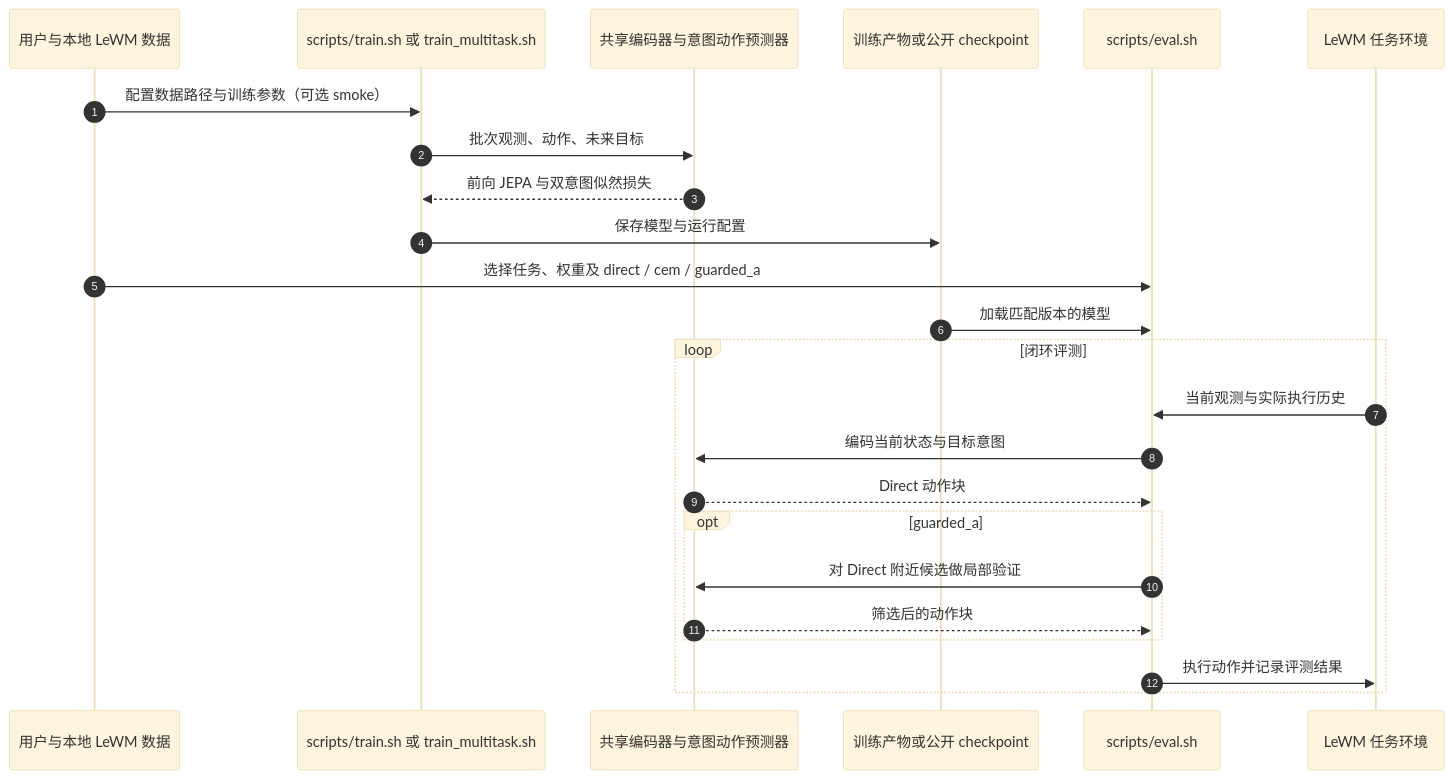
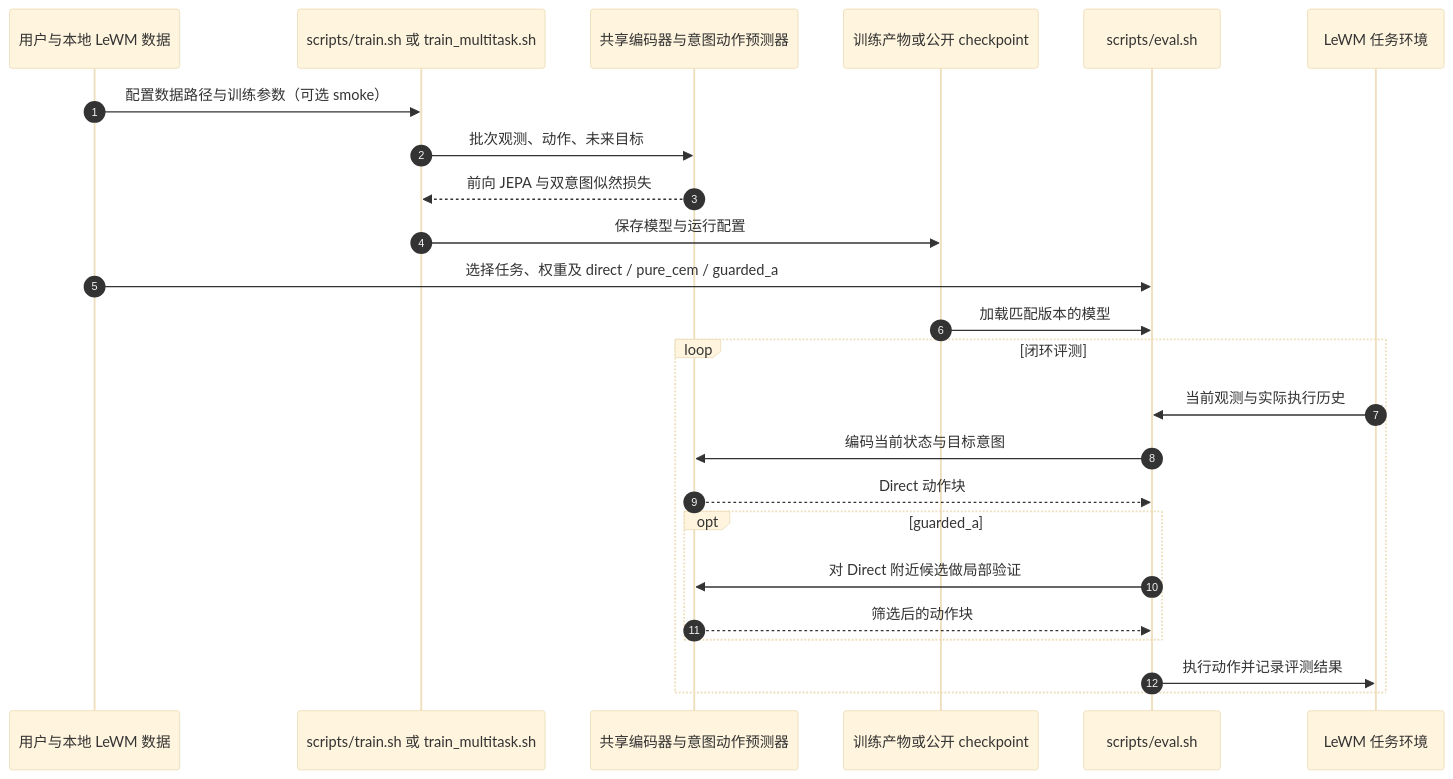
The second of 2 diagrams in wiki/entities/paper-intact.md (ImChong/Robotics_Notebooks), drawn with Mermaid (base theme) before and after one commit. The commit also changed other lines of this file and 49 other files, not shown here.

````diff
--- a/wiki/entities/paper-intact.md
+++ b/wiki/entities/paper-intact.md
@@ -108,26 +111,26 @@
 ```mermaid
 sequenceDiagram
   autonumber
   participant User as 用户与本地 LeWM 数据
   participant Train as scripts/train.sh 或 train_multitask.sh
   participant Model as 共享编码器与意图动作预测器
   participant Checkpoint as 训练产物或公开 checkpoint
   participant Eval as scripts/eval.sh
   participant Env as LeWM 任务环境
   User->>Train: 配置数据路径与训练参数（可选 smoke）
   Train->>Model: 批次观测、动作、未来目标
   Model-->>Train: 前向 JEPA 与双意图似然损失
   Train->>Checkpoint: 保存模型与运行配置
-  User->>Eval: 选择任务、权重及 direct / cem / guarded_a
+  User->>Eval: 选择任务、权重及 direct / pure_cem / guarded_a
   Checkpoint->>Eval: 加载匹配版本的模型
   loop 闭环评测
     Env->>Eval: 当前观测与实际执行历史
     Eval->>Model: 编码当前状态与目标意图
     Model-->>Eval: Direct 动作块
     opt guarded_a
       Eval->>Model: 对 Direct 附近候选做局部验证
       Model-->>Eval: 筛选后的动作块
     end
     Eval->>Env: 执行动作并记录评测结果
   end
 ```
````
